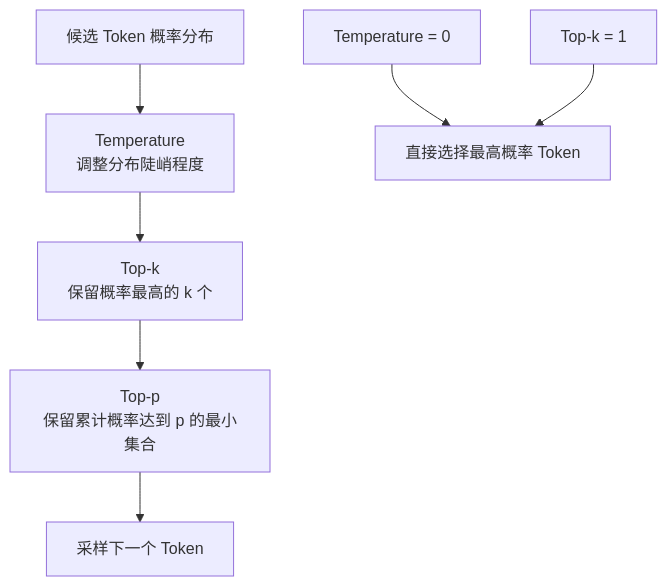
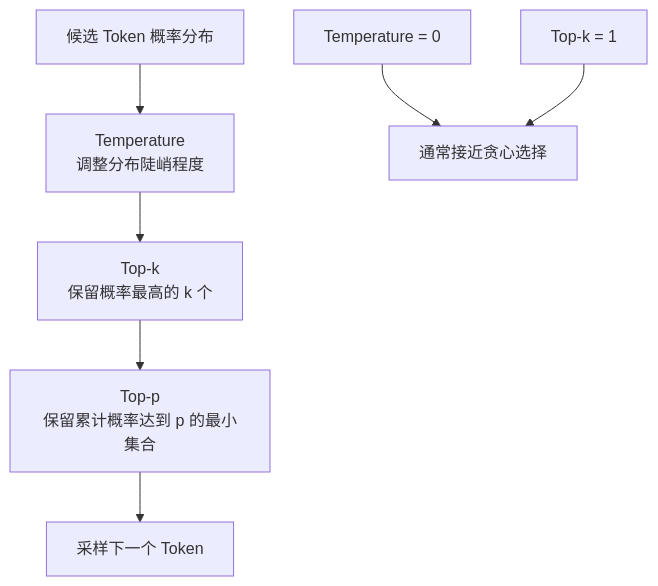
The second of 3 diagrams in Guide/content/其它/Agent/3.交互和分词/index.md (soofjan1234/go-guide), drawn with Mermaid before and after one commit. The commit also changed other lines of this file and 36 other files, not shown here.

````diff
--- a/Guide/content/其它/Agent/3.交互和分词/index.md
+++ b/Guide/content/其它/Agent/3.交互和分词/index.md
@@ -35,10 +35,10 @@
 ```mermaid
 flowchart TB
     distribution["候选 Token 概率分布"] --> temperature["Temperature<br/>调整分布陡峭程度"]
     temperature --> topk["Top-k<br/>保留概率最高的 k 个"]
     topk --> topp["Top-p<br/>保留累计概率达到 p 的最小集合"]
     topp --> sample["采样下一个 Token"]
 
-    deterministic["Temperature = 0"] --> fixed["直接选择最高概率 Token"]
+    deterministic["Temperature = 0"] --> fixed["通常接近贪心选择"]
     topk1["Top-k = 1"] --> fixed
 ```
````
